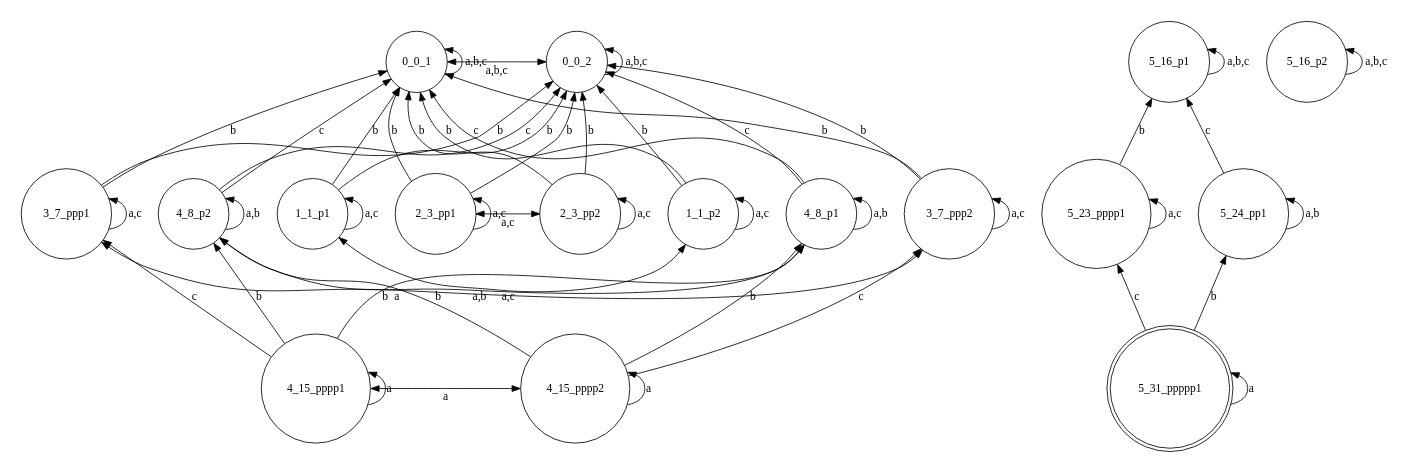
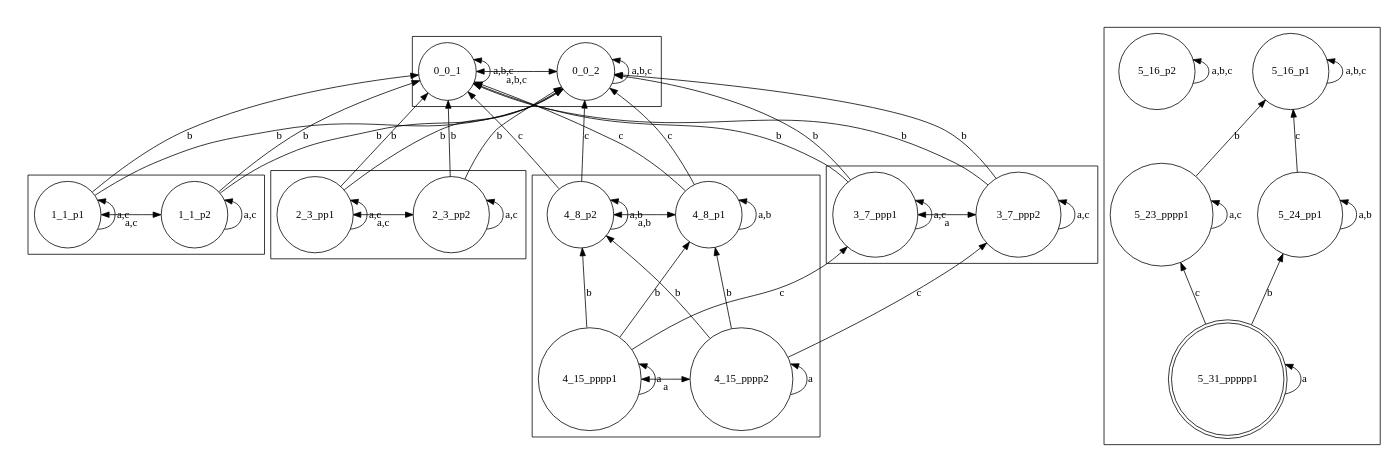
One commit to FrancescoFabiano/EFP changed the diagram in asp/output_render/output.dot. Above: the diagram before and after it, drawn with Graphviz. The commit also changed 2 other files, not shown here.

```diff
--- a/asp/output_render/output.dot
+++ b/asp/output_render/output.dot
@@ -1,96 +1,96 @@
 digraph K_structure{
 	rankdir=BT;
 	ranksep=0.75
 	newrank=true;
 	size="8,5;"
 
 //WORLDS List:
 	node [shape = circle] "0_0_1";
 	node [shape = circle] "0_0_2";
 	node [shape = circle] "1_1_p1";
 	node [shape = circle] "1_1_p2";
 	node [shape = circle] "2_3_pp1";
 	node [shape = circle] "2_3_pp2";
 	node [shape = circle] "3_7_ppp1";
 	node [shape = circle] "3_7_ppp2";
 	node [shape = circle] "4_15_pppp1";
 	node [shape = circle] "4_8_p1";
 	node [shape = circle] "4_8_p2";
 	node [shape = circle] "4_15_pppp2";
 	node [shape = doublecircle] "5_31_ppppp1";
 	node [shape = circle] "5_23_pppp1";
 	node [shape = circle] "5_24_pp1";
 	node [shape = circle] "5_16_p2";
 	node [shape = circle] "5_16_p1";
 
-//SUBGRAPH List:
-	subgraph cluster_0{};
-	subgraph cluster_1{};
-	subgraph cluster_2{};
-	subgraph cluster_3{};
-	subgraph cluster_4{};
-	subgraph cluster_5{};
+//SUBGRAPHS List:
+	subgraph cluster_0{"0_0_1"; "0_0_2"};
+	subgraph cluster_1{"1_1_p1"; "1_1_p2"};
+	subgraph cluster_2{"2_3_pp1"; "2_3_pp2"};
+	subgraph cluster_3{"3_7_ppp1"; "3_7_ppp2"};
+	subgraph cluster_4{"4_15_pppp1"; "4_15_pppp2"; "4_8_p1"; "4_8_p2"};
+	subgraph cluster_5{"5_16_p1"; "5_16_p2"; "5_23_pppp1"; "5_24_pp1"; "5_31_ppppp1"};
 
 //RANKS List:
 	{rank = same;"0_0_1"; "0_0_2"};
 	{rank = same;"1_1_p1"; "1_1_p2"};
 	{rank = same;"2_3_pp1"; "2_3_pp2"};
 	{rank = same;"3_7_ppp1"; "3_7_ppp2"};
 	{rank = same;"4_15_pppp1"; "4_15_pppp2"};
 	{rank = same;"4_8_p1"; "4_8_p2"};
 	{rank = same;"5_16_p1"; "5_16_p2"};
 	{rank = same;"5_23_pppp1"};
 	{rank = same;"5_24_pp1"};
 	{rank = same;"5_31_ppppp1"};
 
 //EDGES List:
 	"0_0_2" -> "0_0_2" [label="a,b,c"];
 	"0_0_1" -> "0_0_1" [label="a,b,c"];
 	"1_1_p1" -> "0_0_2" [label="b"];
 	"1_1_p1" -> "0_0_1" [label="b"];
 	"1_1_p1" -> "1_1_p1" [label="a,c"];
 	"1_1_p2" -> "0_0_2" [label="b"];
 	"1_1_p2" -> "0_0_1" [label="b"];
 	"1_1_p2" -> "1_1_p2" [label="a,c"];
 	"2_3_pp1" -> "0_0_2" [label="b"];
 	"2_3_pp1" -> "0_0_1" [label="b"];
 	"2_3_pp1" -> "2_3_pp1" [label="a,c"];
 	"2_3_pp2" -> "0_0_2" [label="b"];
 	"2_3_pp2" -> "0_0_1" [label="b"];
 	"2_3_pp2" -> "2_3_pp2" [label="a,c"];
 	"3_7_ppp1" -> "3_7_ppp1" [label="a,c"];
 	"3_7_ppp1" -> "0_0_2" [label="b"];
 	"3_7_ppp1" -> "0_0_1" [label="b"];
 	"3_7_ppp2" -> "0_0_2" [label="b"];
 	"3_7_ppp2" -> "0_0_1" [label="b"];
 	"3_7_ppp2" -> "3_7_ppp2" [label="a,c"];
 	"4_15_pppp1" -> "4_15_pppp1" [label="a"];
 	"4_15_pppp1" -> "3_7_ppp1" [label="c"];
 	"4_8_p1" -> "0_0_2" [label="c"];
 	"4_8_p1" -> "0_0_1" [label="c"];
 	"4_8_p2" -> "0_0_2" [label="c"];
 	"4_8_p2" -> "0_0_1" [label="c"];
 	"4_15_pppp2" -> "3_7_ppp2" [label="c"];
 	"4_15_pppp1" -> "4_8_p1" [label="b"];
 	"4_15_pppp2" -> "4_8_p1" [label="b"];
 	"4_8_p1" -> "4_8_p1" [label="a,b"];
 	"4_15_pppp1" -> "4_8_p2" [label="b"];
 	"4_15_pppp2" -> "4_8_p2" [label="b"];
 	"4_8_p2" -> "4_8_p2" [label="a,b"];
 	"4_15_pppp2" -> "4_15_pppp2" [label="a"];
 	"5_31_ppppp1" -> "5_31_ppppp1" [label="a"];
 	"5_31_ppppp1" -> "5_23_pppp1" [label="c"];
 	"5_23_pppp1" -> "5_23_pppp1" [label="a,c"];
 	"5_16_p2" -> "5_16_p2" [label="a,b,c"];
 	"5_24_pp1" -> "5_16_p1" [label="c"];
 	"5_16_p1" -> "5_16_p1" [label="a,b,c"];
 	"5_23_pppp1" -> "5_16_p1" [label="b"];
 	"5_31_ppppp1" -> "5_24_pp1" [label="b"];
 	"5_24_pp1" -> "5_24_pp1" [label="a,b"];
 	"0_0_1" -> "0_0_2" [dir=both label="a,b,c"];
 	"1_1_p1" -> "1_1_p2" [dir=both label="a,c"];
 	"2_3_pp1" -> "2_3_pp2" [dir=both label="a,c"];
 	"3_7_ppp1" -> "3_7_ppp2" [dir=both label="a"];
 	"4_8_p2" -> "4_8_p1" [dir=both label="a,b"];
 	"4_15_pppp1" -> "4_15_pppp2" [dir=both label="a"];
 }
```
